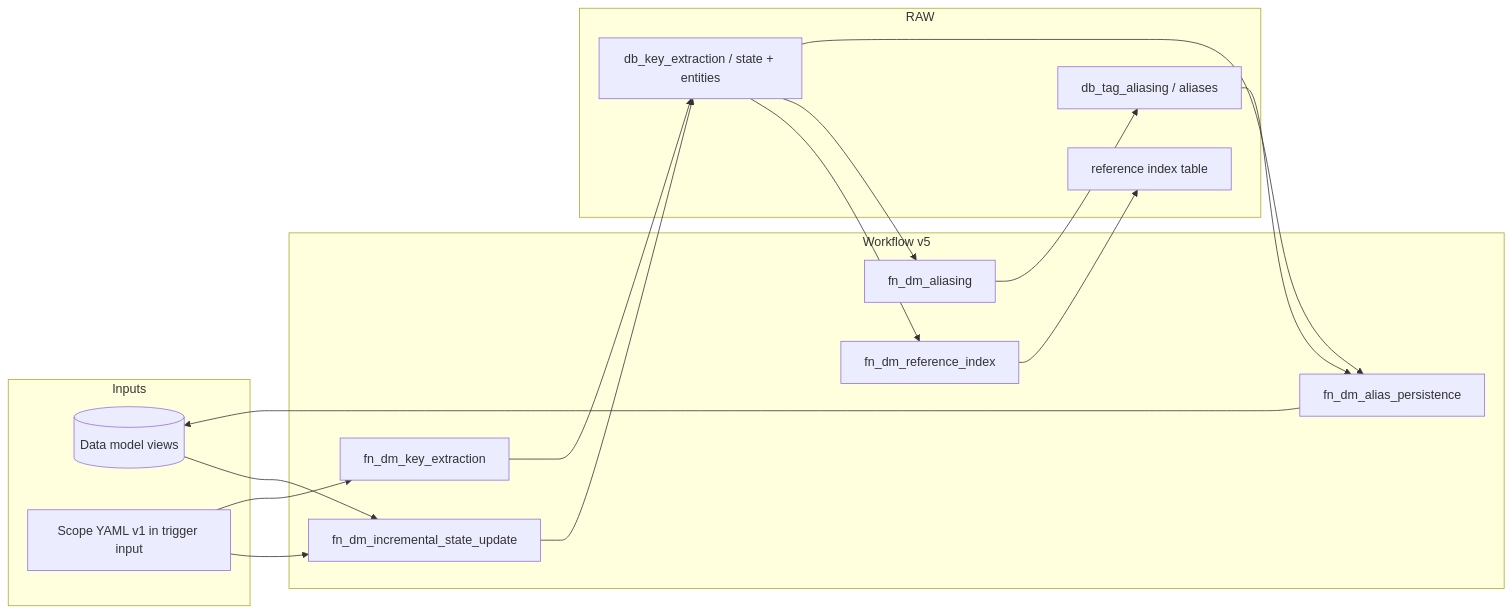
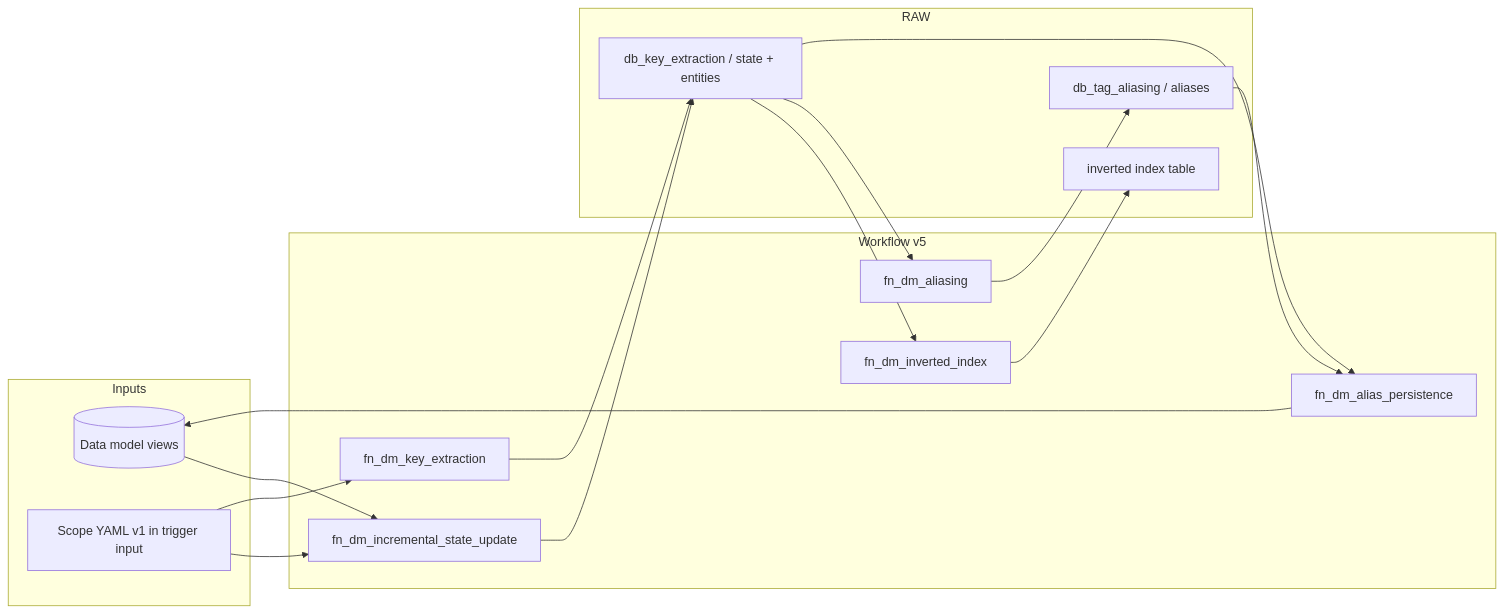
The diagram in modules/accelerators/contextualization/cdf_key_extraction_aliasing/docs/module_functional_document.md (cognitedata/library), drawn with Mermaid before and after one commit. The commit also changed other lines of this file and 92 other files, not shown here.

First line of the commit message:
cdf_key_extraction_aliasing: inverted index naming and scoped workflows

````diff
--- a/modules/accelerators/contextualization/cdf_key_extraction_aliasing/docs/module_functional_document.md
+++ b/modules/accelerators/contextualization/cdf_key_extraction_aliasing/docs/module_functional_document.md
@@ -117,34 +117,34 @@
 ```mermaid
 flowchart LR
   subgraph inputs [Inputs]
     DM[(Data model views)]
     CFG[Scope YAML v1 in trigger input]
   end
 
   subgraph wf [Workflow v5]
     INC[fn_dm_incremental_state_update]
     KE[fn_dm_key_extraction]
-    RI[fn_dm_reference_index]
+    RI[fn_dm_inverted_index]
     AL[fn_dm_aliasing]
     AP[fn_dm_alias_persistence]
   end
 
   subgraph raw [RAW]
     R1[db_key_extraction / state + entities]
     R2[db_tag_aliasing / aliases]
-    R3[reference index table]
+    R3[inverted index table]
   end
 
   DM --> INC
   CFG --> INC
   CFG --> KE
   INC --> R1
   KE --> R1
   R1 --> RI
   R1 --> AL
   RI --> R3
   AL --> R2
   R2 --> AP
   R1 --> AP
   AP --> DM
 ```
````
